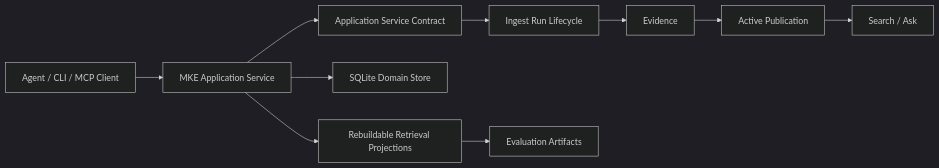
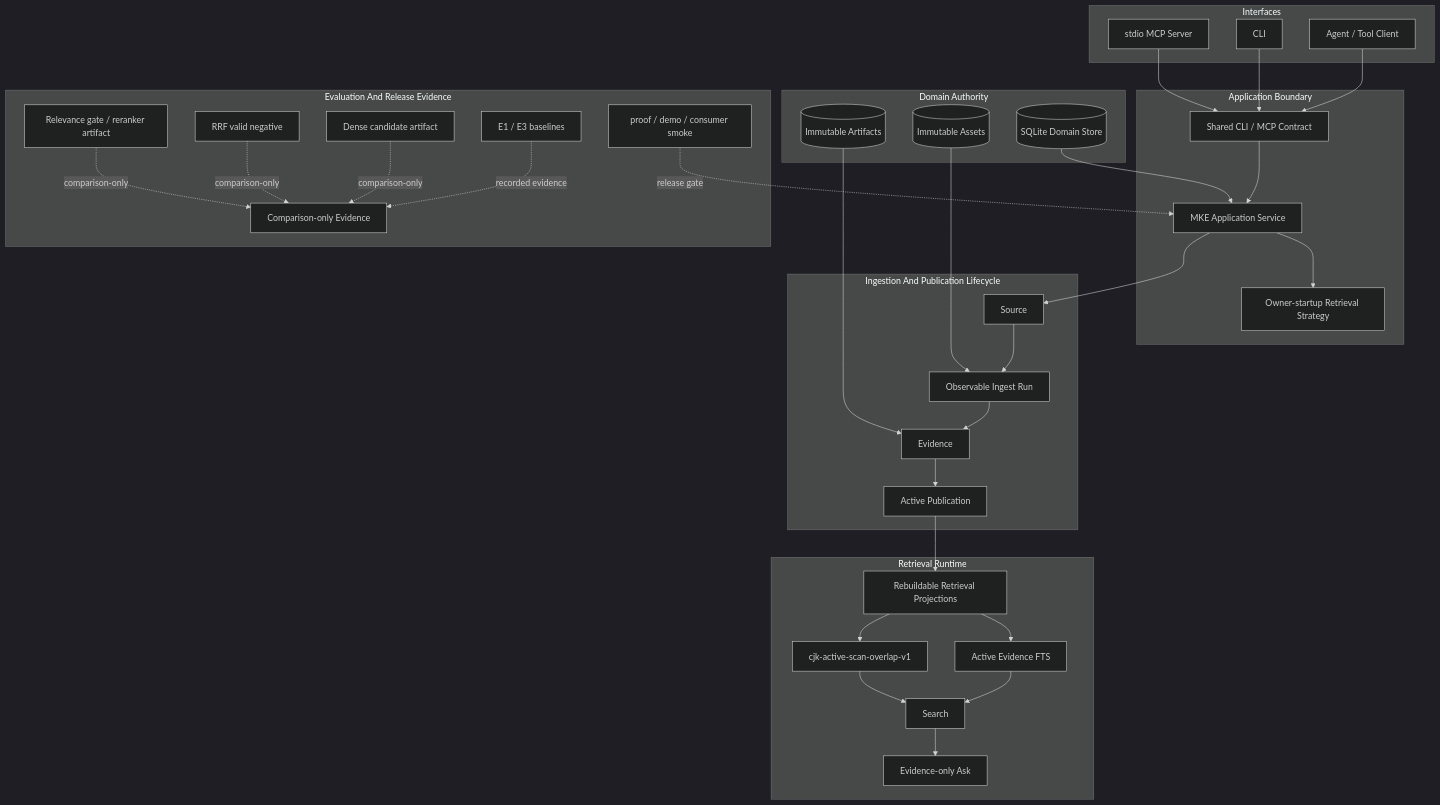
Before and after one commit to iTao-AI/multimodal-knowledge-engine: the diagram in README.md, drawn with Mermaid (dark theme). The commit also changed 3 other files, not shown here.

First line of the commit message:
docs: layer README architecture diagram (#56)

````diff
--- a/README.md
+++ b/README.md
@@ -26,12 +26,68 @@
 ```mermaid
-flowchart LR
-    client["Agent / CLI / MCP Client"] --> app["MKE Application Service"]
-    app --> contract["Application Service Contract"]
-    contract --> run["Ingest Run Lifecycle"]
-    run --> evidence["Evidence"]
-    evidence --> publication["Active Publication"]
-    publication --> search["Search / Ask"]
-    app --> store["SQLite Domain Store"]
-    app --> projection["Rebuildable Retrieval Projections"]
-    projection --> evaluation["Evaluation Artifacts"]
+flowchart TB
+    subgraph Interfaces["Interfaces"]
+        Agent["Agent / Tool Client"]
+        CLI["CLI"]
+        MCP["stdio MCP Server"]
+    end
+
+    subgraph Application["Application Boundary"]
+        App["MKE Application Service"]
+        Contract["Shared CLI / MCP Contract"]
+        Strategy["Owner-startup Retrieval Strategy"]
+    end
+
+    subgraph Lifecycle["Ingestion And Publication Lifecycle"]
+        Source["Source"]
+        Run["Observable Ingest Run"]
+        Evidence["Evidence"]
+        Publication["Active Publication"]
+    end
+
+    subgraph Authority["Domain Authority"]
+        Store[("SQLite Domain Store")]
+        Assets[("Immutable Assets")]
+        Artifacts[("Immutable Artifacts")]
+    end
+
+    subgraph Runtime["Retrieval Runtime"]
+        Projection["Rebuildable Retrieval Projections"]
+        FTS["Active Evidence FTS"]
+        CJK["cjk-active-scan-overlap-v1"]
+        Search["Search"]
+        Ask["Evidence-only Ask"]
+    end
+
+    subgraph Evaluation["Evaluation And Release Evidence"]
+        Baselines["E1 / E3 baselines"]
+        Dense["Dense candidate artifact"]
+        RRF["RRF valid negative"]
+        Reranker["Relevance gate / reranker artifact"]
+        Proof["proof / demo / consumer smoke"]
+        Comparison["Comparison-only Evidence"]
+    end
+
+    Agent --> Contract
+    CLI --> Contract
+    MCP --> Contract
+    Contract --> App
+    App --> Strategy
+    App --> Source
+    Source --> Run
+    Run --> Evidence
+    Evidence --> Publication
+    Publication --> Projection
+    Projection --> FTS
+    Projection --> CJK
+    FTS --> Search
+    CJK --> Search
+    Search --> Ask
+    Store --> App
+    Assets --> Run
+    Artifacts --> Evidence
+    Baselines -. recorded evidence .-> Comparison
+    Dense -. comparison-only .-> Comparison
+    RRF -. comparison-only .-> Comparison
+    Reranker -. comparison-only .-> Comparison
+    Proof -. release gate .-> App
 ```
````
